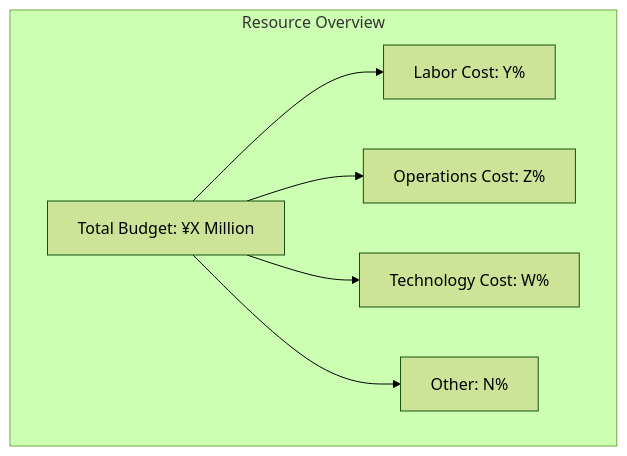
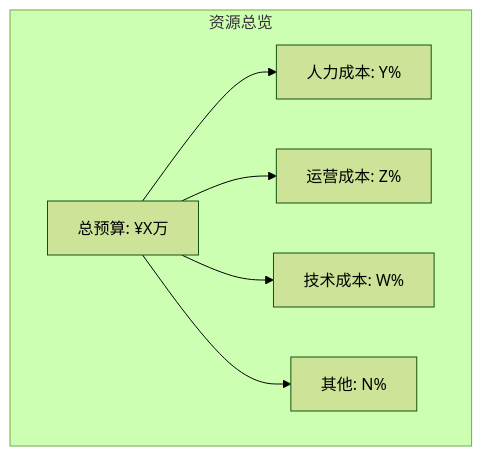
The sixth of 9 diagrams in templates/Product/Strategy/Template-BRD.md (Kirky-X/cangjie), drawn with Mermaid (forest theme) before and after one commit. The commit also changed other lines of this file and 33 other files, not shown here.

````diff
--- a/templates/Product/Strategy/Template-BRD.md
+++ b/templates/Product/Strategy/Template-BRD.md
@@ -260,9 +260,9 @@
 ```mermaid
 flowchart TD
-    subgraph Resource Overview
-        H[Total Budget: ¥X Million] --> I[Labor Cost: Y%]
-        H --> J[Operations Cost: Z%]
-        H --> K[Technology Cost: W%]
-        H --> L[Other: N%]
+    subgraph 资源总览
+        H[总预算: ¥X万] --> I[人力成本: Y%]
+        H --> J[运营成本: Z%]
+        H --> K[技术成本: W%]
+        H --> L[其他: N%]
     end
 ```
````
